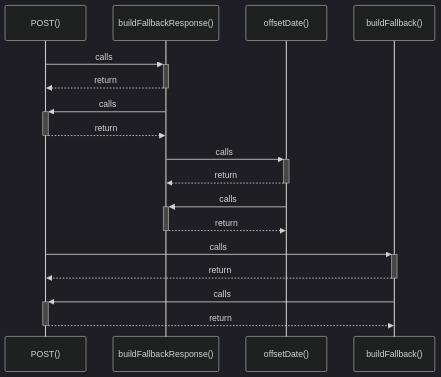
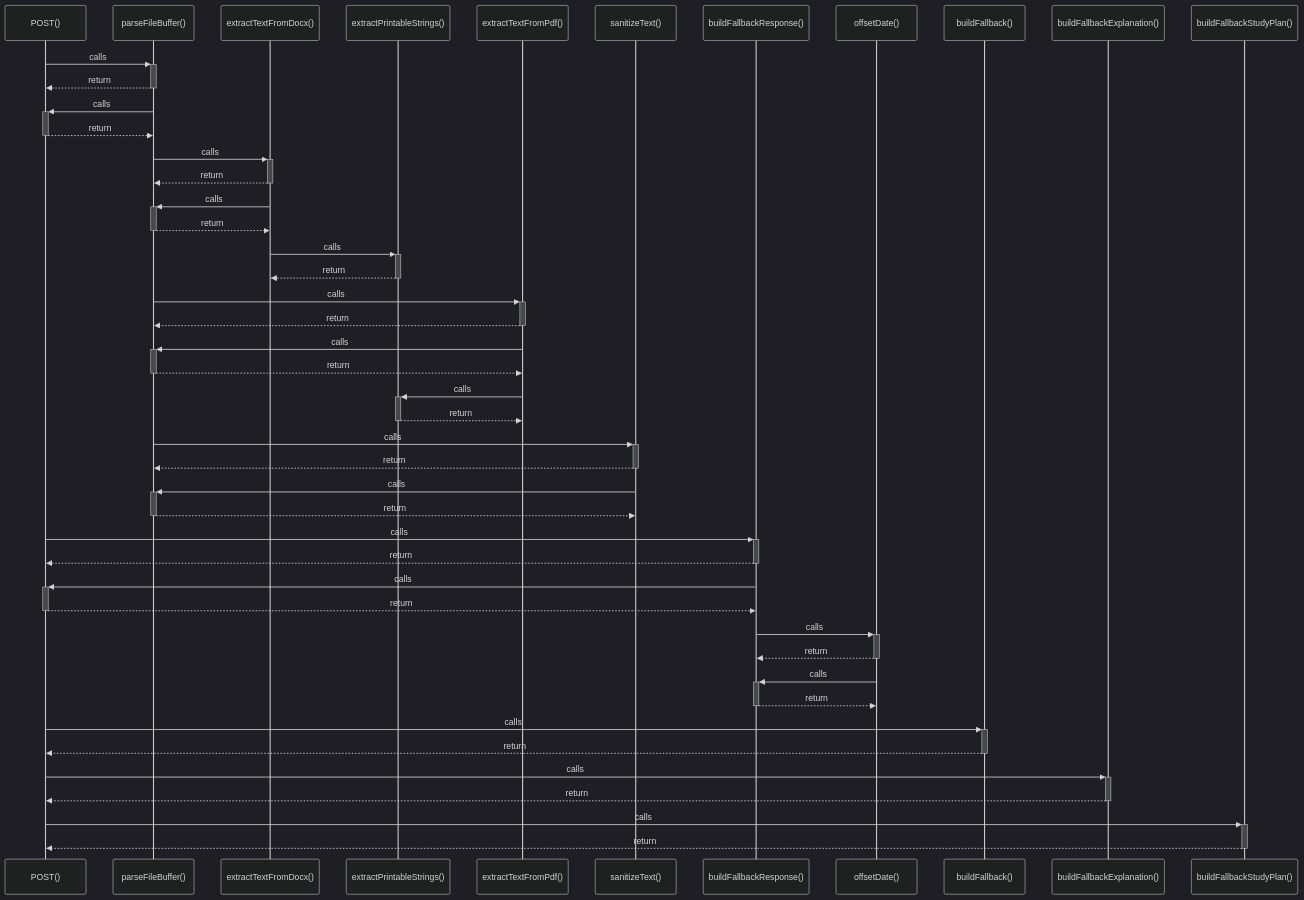
Before and after one commit to Exselsa/studysync-ai: the diagram in src/graphify-out/wiki/POST().md, drawn with Mermaid (dark theme). The commit also changed other lines of this file and 39 other files, not shown here.

Commit message:
fix: study plan completion, start routing, and dashboard task sync

````diff
--- a/src/graphify-out/wiki/POST().md
+++ b/src/graphify-out/wiki/POST().md
@@ -7,19 +7,48 @@
 ```mermaid
 sequenceDiagram
     participant P0 as POST()
-    participant P1 as buildFallbackResponse()
-    participant P2 as offsetDate()
-    participant P3 as buildFallback()
+    participant P1 as parseFileBuffer()
+    participant P2 as extractTextFromDocx()
+    participant P3 as extractPrintableStrings()
+    participant P4 as extractTextFromPdf()
+    participant P5 as sanitizeText()
+    participant P6 as buildFallbackResponse()
+    participant P7 as offsetDate()
+    participant P8 as buildFallback()
+    participant P9 as buildFallbackExplanation()
+    participant P10 as buildFallbackStudyPlan()
     P0->>+ P1: calls
     P1-->>- P0: return
     P1->>+ P0: calls
     P0-->>- P1: return
     P1->>+ P2: calls
     P2-->>- P1: return
     P2->>+ P1: calls
     P1-->>- P2: return
-    P0->>+ P3: calls
-    P3-->>- P0: return
-    P3->>+ P0: calls
-    P0-->>- P3: return
+    P2->>+ P3: calls
+    P3-->>- P2: return
+    P1->>+ P4: calls
+    P4-->>- P1: return
+    P4->>+ P1: calls
+    P1-->>- P4: return
+    P4->>+ P3: calls
+    P3-->>- P4: return
+    P1->>+ P5: calls
+    P5-->>- P1: return
+    P5->>+ P1: calls
+    P1-->>- P5: return
+    P0->>+ P6: calls
+    P6-->>- P0: return
+    P6->>+ P0: calls
+    P0-->>- P6: return
+    P6->>+ P7: calls
+    P7-->>- P6: return
+    P7->>+ P6: calls
+    P6-->>- P7: return
+    P0->>+ P8: calls
+    P8-->>- P0: return
+    P0->>+ P9: calls
+    P9-->>- P0: return
+    P0->>+ P10: calls
+    P10-->>- P0: return
 ```
````
